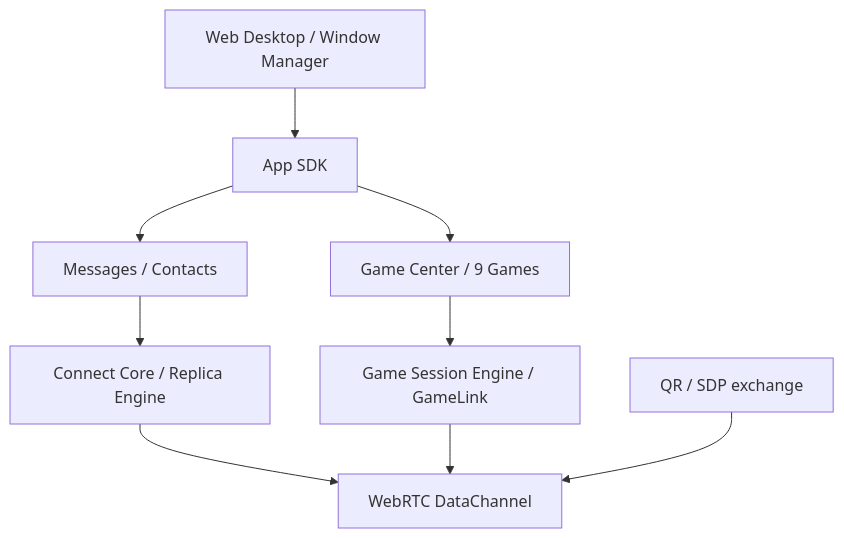
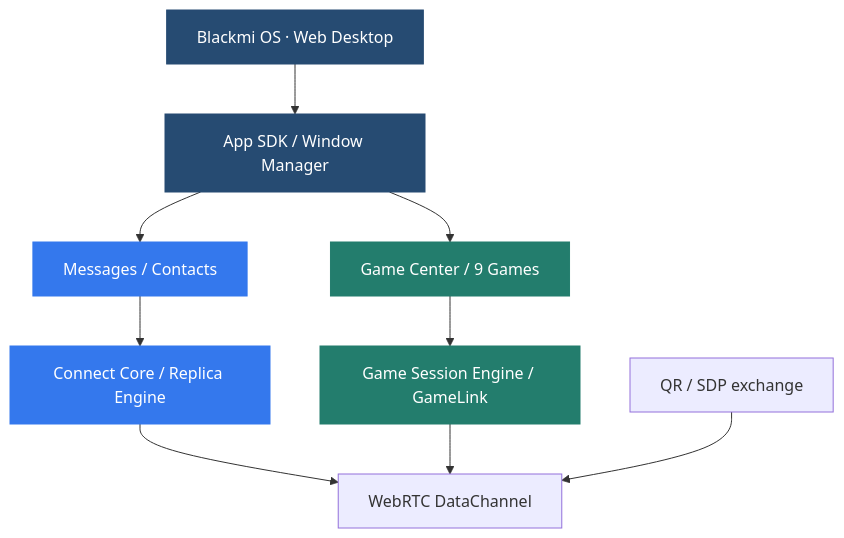
One commit to xiaoblackmi/Blackmi-os changed the third of 3 diagrams in README.md. Above: the diagram before and after it, drawn with Mermaid. The commit also changed other lines of this file, not shown here.

````diff
--- a/README.md
+++ b/README.md
@@ -66,11 +199,17 @@
 ```mermaid
 flowchart TD
-    A["Web Desktop / Window Manager"] --> B["App SDK"]
+    A["Blackmi OS · Web Desktop"] --> B["App SDK / Window Manager"]
     B --> C["Messages / Contacts"]
     B --> D["Game Center / 9 Games"]
     C --> E["Connect Core / Replica Engine"]
     D --> F["Game Session Engine / GameLink"]
     E --> G["WebRTC DataChannel"]
     F --> G
     H["QR / SDP exchange"] --> G
+    classDef shell fill:#264b72,color:#fff,stroke:#264b72
+    classDef chat fill:#3478ed,color:#fff,stroke:#3478ed
+    classDef game fill:#237d6d,color:#fff,stroke:#237d6d
+    class A,B shell
+    class C,E chat
+    class D,F game
 ```
````
